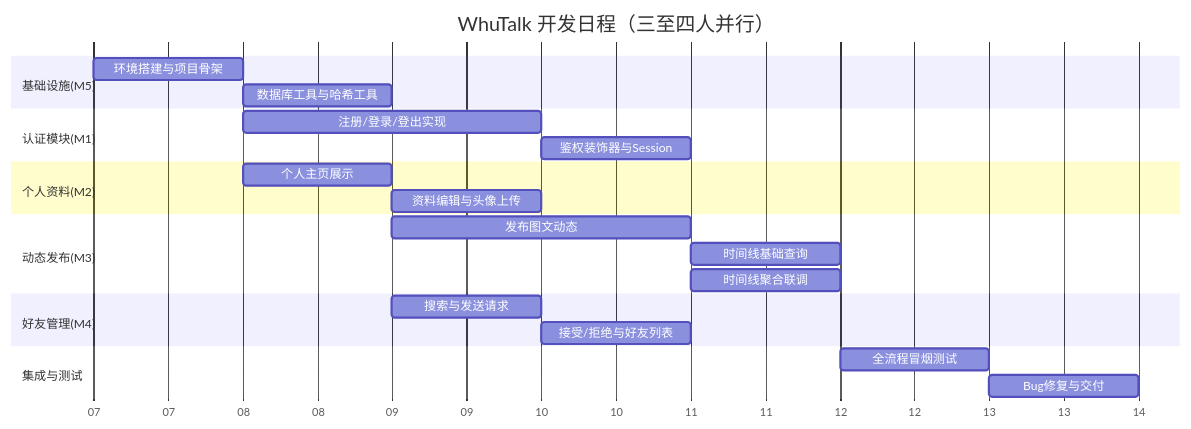
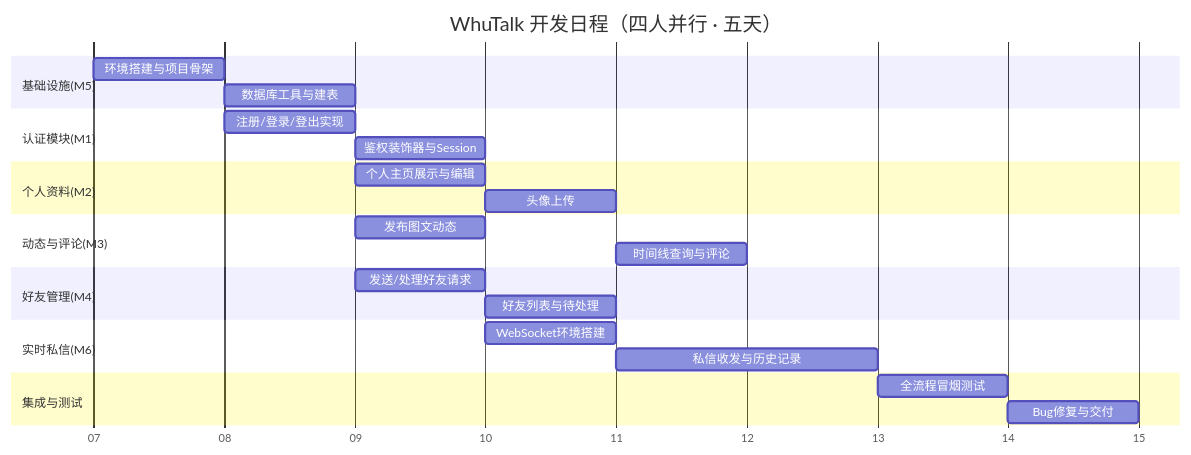
Before and after one commit to Hpaaon/WhuTalk: the diagram in docs/开发日程表.md, drawn with Mermaid. The commit also changed other lines of this file and 3 other files, not shown here.

````diff
--- a/docs/开发日程表.md
+++ b/docs/开发日程表.md
@@ -5,31 +5,34 @@
 ```mermaid
 gantt
-    title WhuTalk 开发日程（三至四人并行）
+    title WhuTalk 开发日程（四人并行 · 五天）
     dateFormat YYYY-MM-DD
     axisFormat %d
     
     section 基础设施(M5)
-    环境搭建与项目骨架    :a1, 2026-07-07, 1d
-    数据库工具与哈希工具    :a2, after a1, 1d
+    环境搭建与项目骨架    :a1, 2026-07-07, 0.5d
+    数据库工具与建表      :a2, after a1, 0.5d
     
     section 认证模块(M1)
-    注册/登录/登出实现    :b1, after a1, 2d
+    注册/登录/登出实现    :b1, after a1, 1d
     鉴权装饰器与Session    :b2, after b1, 0.5d
     
     section 个人资料(M2)
-    个人主页展示           :c1, after a1, 1d
-    资料编辑与头像上传      :c2, after c1, 0.5d
+    个人主页展示与编辑     :c1, after a2, 1d
+    头像上传              :c2, after c1, 0.5d
     
-    section 动态发布(M3)
-    发布图文动态           :d1, after a2, 1.5d
-    时间线基础查询          :d2, after d1, 0.5d
-    时间线聚合联调          :d3, after e2, 0.5d
+    section 动态与评论(M3)
+    发布图文动态           :d1, after a2, 1d
+    时间线查询与评论       :d2, after e2, 1d
     
     section 好友管理(M4)
-    搜索与发送请求          :e1, after a2, 1d
-    接受/拒绝与好友列表      :e2, after e1, 1d
+    发送/处理好友请求      :e1, after a2, 1d
+    好友列表与待处理       :e2, after e1, 0.5d
+    
+    section 实时私信(M6)
+    WebSocket环境搭建      :f1, after b2, 1d
+    私信收发与历史记录      :f2, after e2, 1.5d
     
     section 集成与测试
-    全流程冒烟测试          :f1, after d3, 1d
-    Bug修复与交付           :f2, after f1, 1d
+    全流程冒烟测试          :g1, after f2, 0.5d
+    Bug修复与交付           :g2, after g1, 0.5d
 ```
````
